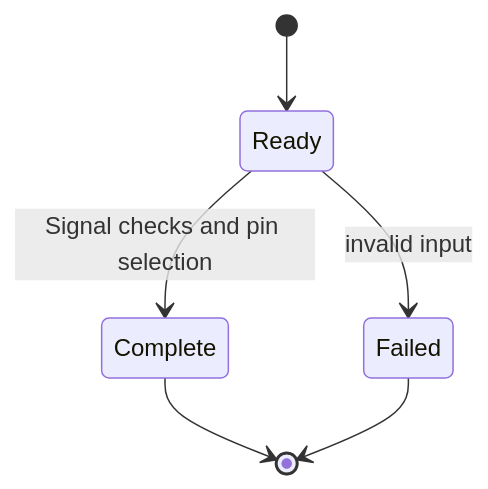
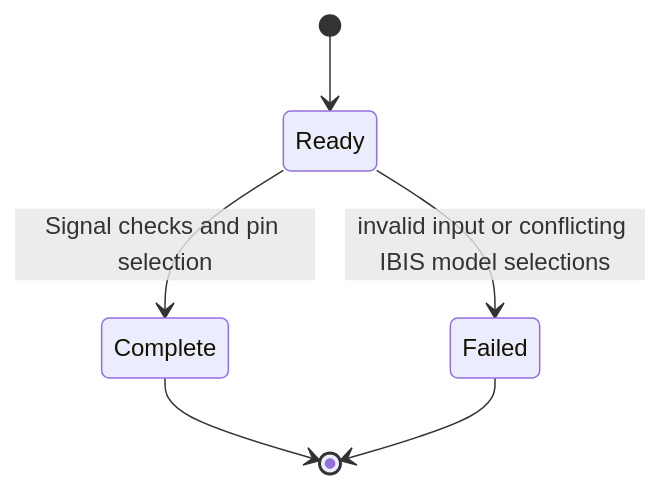
One commit to draarivpatel-ui/signal-integrity-pipeline changed the second of 2 diagrams in README.md. Above: the diagram before and after it, drawn with Mermaid. The commit also changed 3 other files, not shown here.

Commit message:
fix: reject conflicting endpoint IBIS models

````diff
--- a/README.md
+++ b/README.md
@@ -18,8 +18,8 @@
 ```mermaid
 stateDiagram-v2
   [*] --> Ready
   Ready --> Complete: Signal checks and pin selection
-  Ready --> Failed: invalid input
+  Ready --> Failed: invalid input or conflicting IBIS model selections
   Complete --> [*]
   Failed --> [*]
 ```
````
